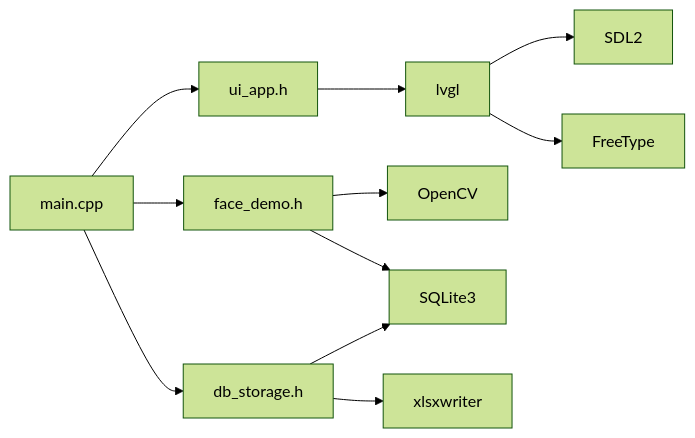
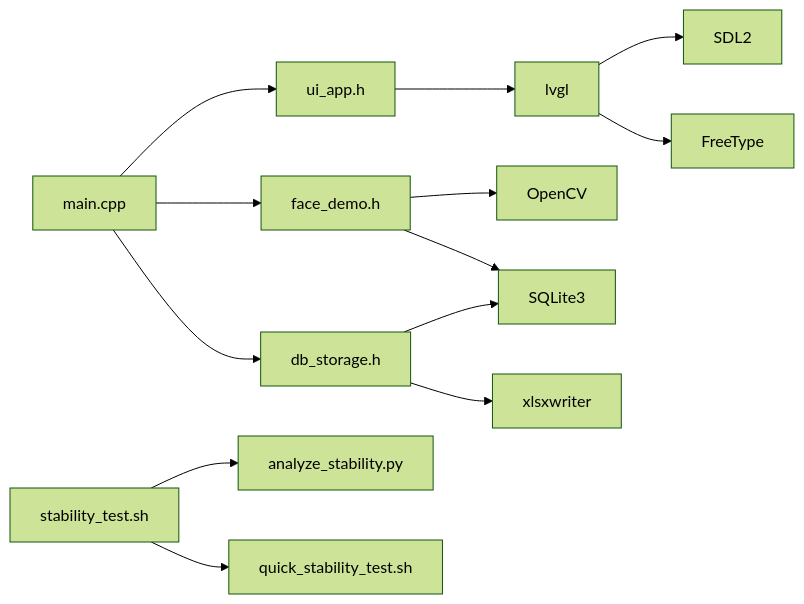
Before and after one commit to Drunk552/SmartAttendance: the fourth of 4 diagrams in .qoder/repowiki/zh/content/部署运维/部署运维.md, drawn with Mermaid (forest theme). The commit also changed other lines of this file and 26 other files, not shown here.

````diff
--- a/.qoder/repowiki/zh/content/部署运维/部署运维.md
+++ b/.qoder/repowiki/zh/content/部署运维/部署运维.md
@@ -214,13 +241,15 @@
 ```mermaid
 graph LR
 MAIN["main.cpp"] --> UIH["ui_app.h"]
 MAIN --> BUSH["face_demo.h"]
 MAIN --> DBH["db_storage.h"]
 UIH --> LV["lvgl"]
 LV --> SDL["SDL2"]
 LV --> FT["FreeType"]
 BUSH --> OC["OpenCV"]
 BUSH --> SQ["SQLite3"]
 DBH --> SQ
 DBH --> XL["xlsxwriter"]
+TEST["stability_test.sh"] --> PY["analyze_stability.py"]
+TEST --> SH["quick_stability_test.sh"]
 ```
````
